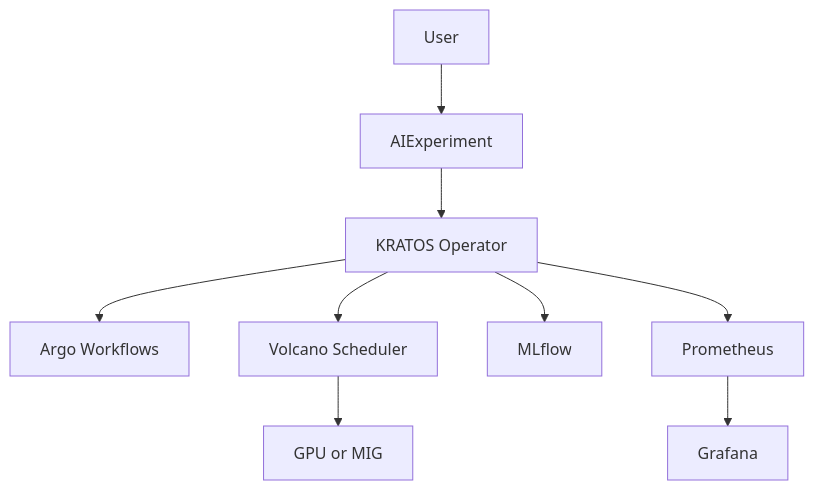
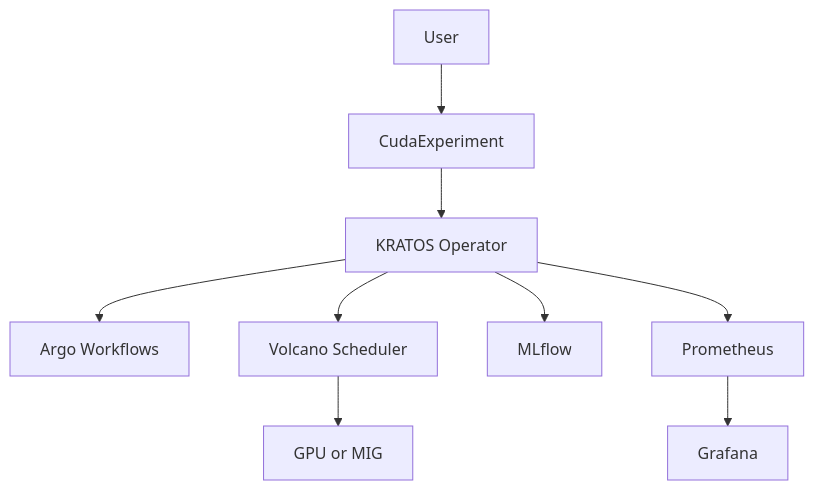
One commit to chirichexe/kratos changed the diagram in docs/architecture/README.md. Above: the diagram before and after it, drawn with Mermaid. The commit also changed other lines of this file and 15 other files, not shown here.

````diff
--- a/docs/architecture/README.md
+++ b/docs/architecture/README.md
@@ -12,11 +12,11 @@
 ```mermaid
 flowchart TB
-    user[User] --> cr[AIExperiment]
+    user[User] --> cr[CudaExperiment]
     cr --> operator[KRATOS Operator]
     operator --> argo[Argo Workflows]
     operator --> volcano[Volcano Scheduler]
     operator --> mlflow[MLflow]
     operator --> metrics[Prometheus]
     volcano --> gpu[GPU or MIG]
     metrics --> grafana[Grafana]
 ```
````
